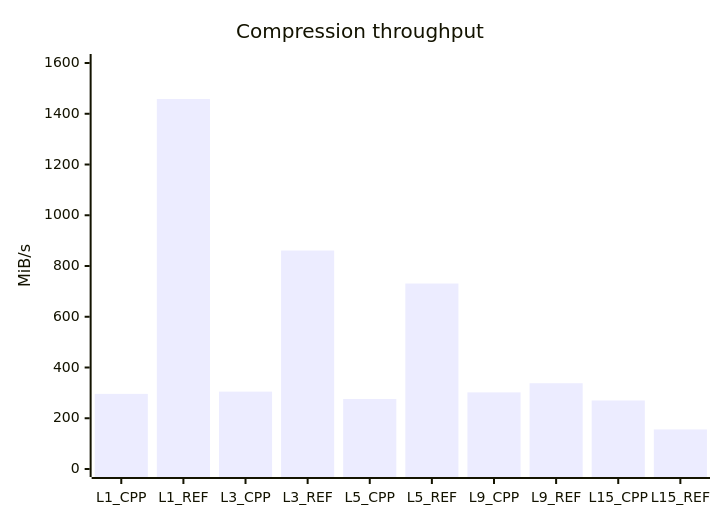
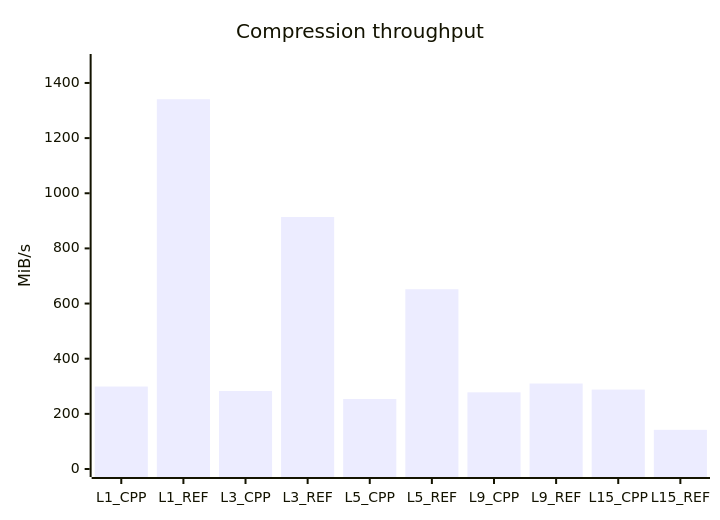
One commit to mheyman/zstdpp changed the second of 7 diagrams in README.md. Above: the diagram before and after it, drawn with Mermaid. The commit also changed other lines of this file and 1 other file, not shown here.

````diff
--- a/README.md
+++ b/README.md
@@ -134,7 +134,7 @@
 ```mermaid
 xychart-beta
     title "Compression throughput"
     x-axis [L1_CPP, L1_REF, L3_CPP, L3_REF, L5_CPP, L5_REF, L9_CPP, L9_REF, L15_CPP, L15_REF]
-    y-axis "MiB/s" 0 --> 1604
-    bar [296, 1458, 305, 861, 276, 731, 302, 338, 270, 156]
+    y-axis "MiB/s" 0 --> 1476
+    bar [299, 1341, 283, 914, 254, 652, 278, 310, 288, 142]
 ```
````
